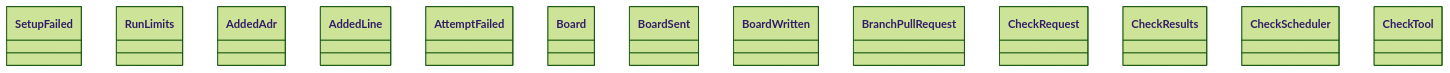
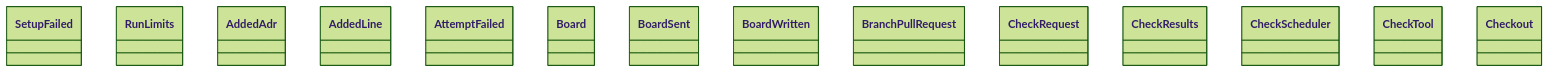
Before and after one commit to GonzaloZevallos/agentic-system: the diagram in docs/architecture/generated/classes-process-application-support-1.md, drawn with Mermaid (forest theme). The commit also changed 6 other files, not shown here.

````diff
--- a/docs/architecture/generated/classes-process-application-support-1.md
+++ b/docs/architecture/generated/classes-process-application-support-1.md
@@ -16,16 +16,17 @@
 ```mermaid
 classDiagram
     class checkouts__SetupFailed["SetupFailed"]
     class limits__RunLimits["RunLimits"]
     class ports__AddedAdr["AddedAdr"]
     class ports__AddedLine["AddedLine"]
     class ports__AttemptFailed["AttemptFailed"]
     class ports__Board["Board"]
     class ports__BoardSent["BoardSent"]
     class ports__BoardWritten["BoardWritten"]
     class ports__BranchPullRequest["BranchPullRequest"]
     class ports__CheckRequest["CheckRequest"]
     class ports__CheckResults["CheckResults"]
     class ports__CheckScheduler["CheckScheduler"]
     class ports__CheckTool["CheckTool"]
+    class ports__Checkout["Checkout"]
 ```
````
